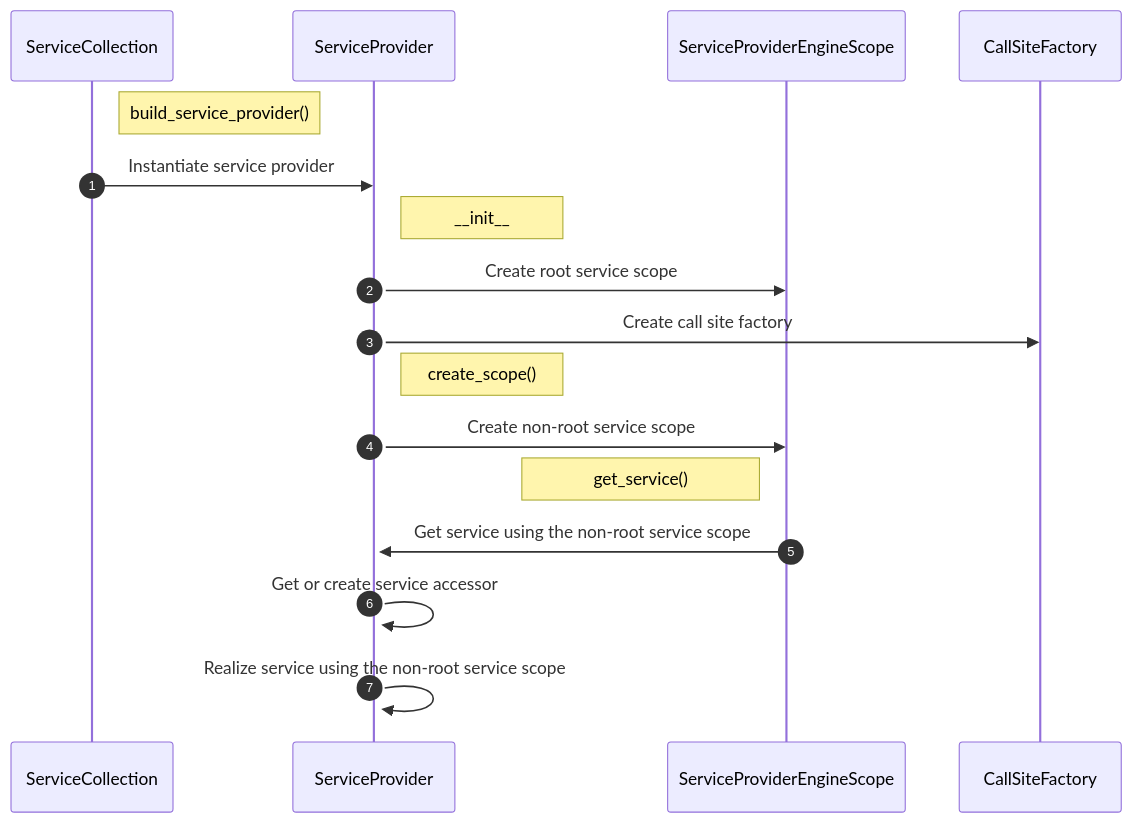
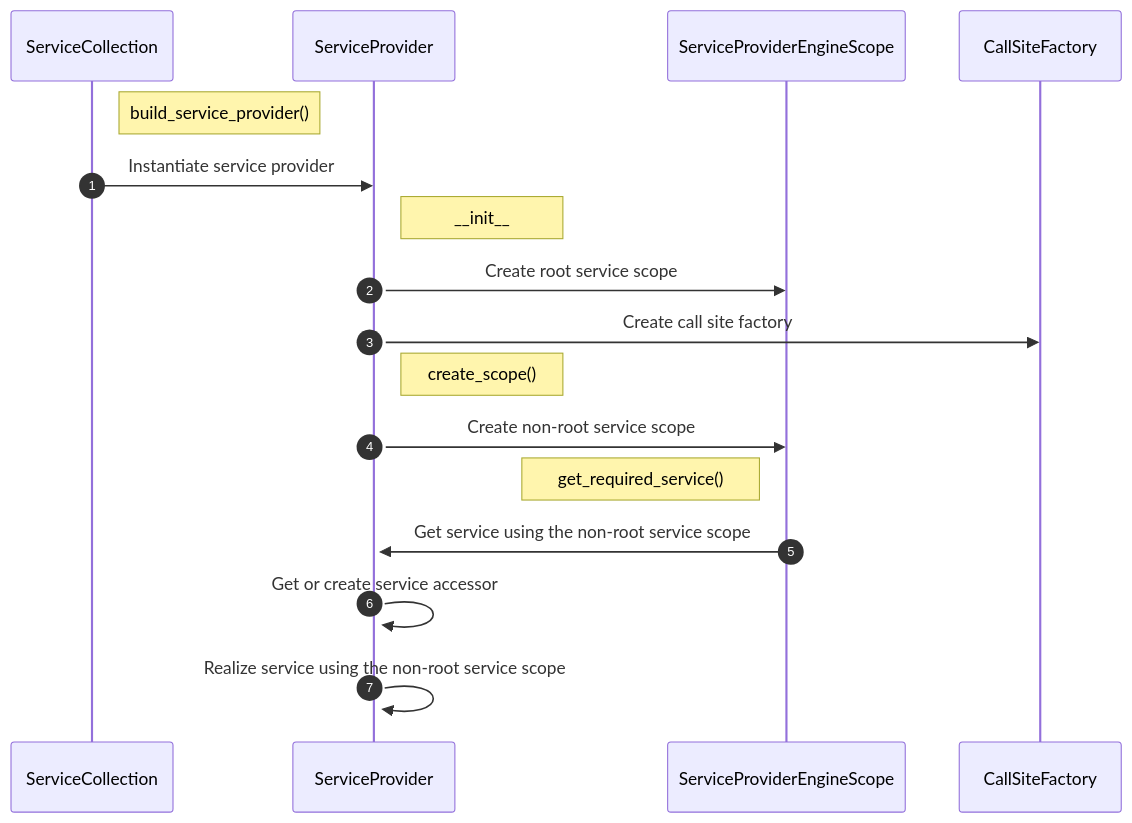
Before and after one commit to AndreuCodina/wirio: the diagram in docs/diagrams.md, drawn with Mermaid. The commit also changed 4 other files, not shown here.

````diff
--- a/docs/diagrams.md
+++ b/docs/diagrams.md
@@ -5,26 +5,26 @@
 ```mermaid
 sequenceDiagram
     autonumber
     participant ServiceCollection
     participant ServiceProvider
     participant ServiceProviderEngineScope
     participant CallSiteFactory
 
     Note right of ServiceCollection: build_service_provider()
     ServiceCollection->>ServiceProvider: Instantiate service provider
     activate ServiceProvider
 
     Note right of ServiceProvider: __init__
     ServiceProvider->>ServiceProviderEngineScope: Create root service scope
     ServiceProvider->>CallSiteFactory: Create call site factory
     Note right of ServiceProvider: create_scope()
     ServiceProvider->>ServiceProviderEngineScope: Create non-root service scope
     activate ServiceProviderEngineScope
 
-    Note left of ServiceProviderEngineScope: get_service()
+    Note left of ServiceProviderEngineScope: get_required_service()
     ServiceProviderEngineScope->>ServiceProvider: Get service using the non-root service scope
     activate ServiceProvider
 
     ServiceProvider->>ServiceProvider: Get or create service accessor
     ServiceProvider->>ServiceProvider: Realize service using the non-root service scope
 ```
````
